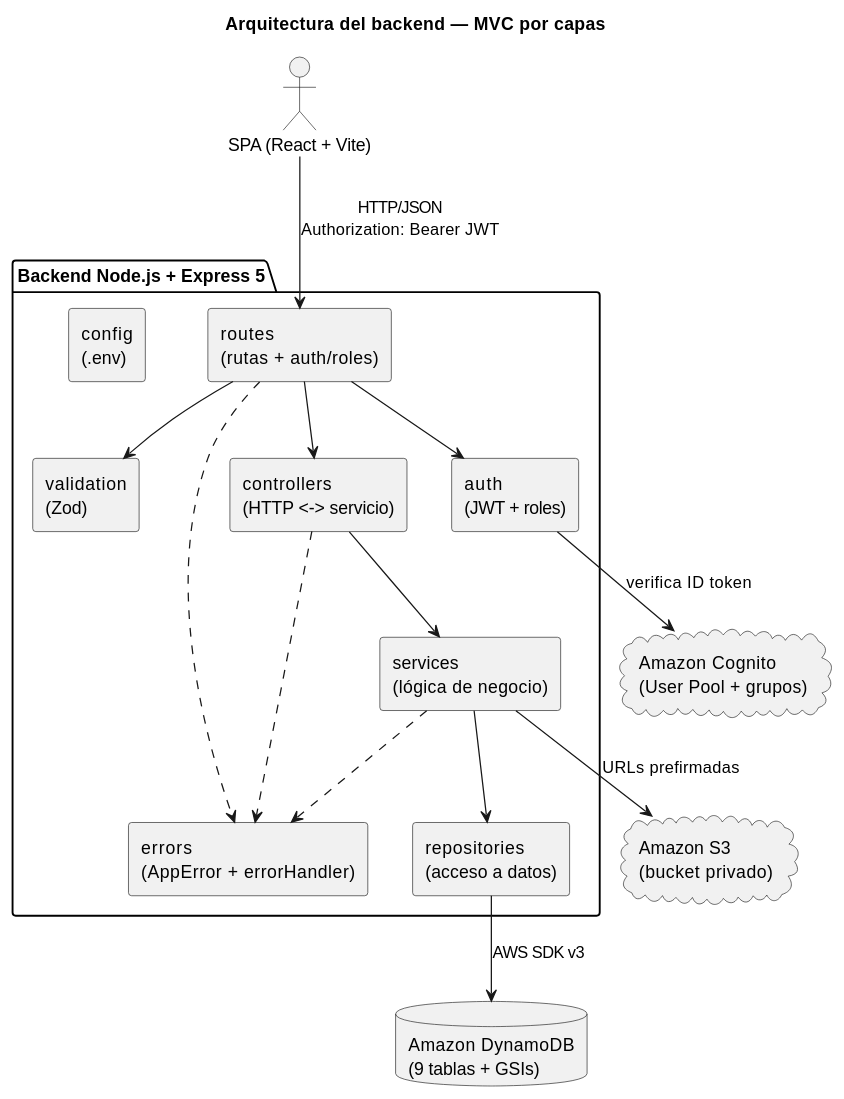
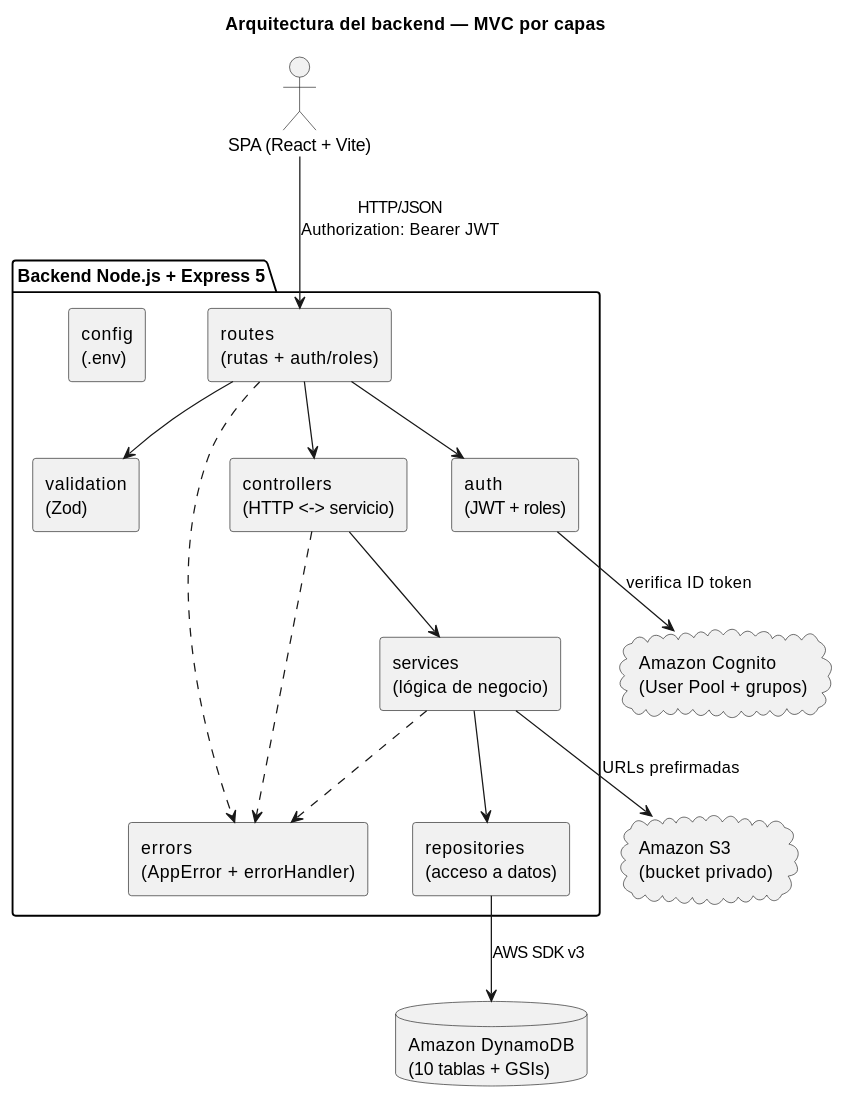
Before and after one commit to dgschahvqvc17/Concesionaria-BMW: the first of 16 diagrams in documentacion/diagramas.md, drawn with PlantUML. The commit also changed other lines of this file and 41 other files, not shown here.

````diff
--- a/documentacion/diagramas.md
+++ b/documentacion/diagramas.md
@@ -37,37 +38,37 @@
 ```plantuml
 @startuml
 title Arquitectura del backend — MVC por capas
 skinparam componentStyle rectangle
 skinparam shadowing false
 
 actor "SPA (React + Vite)" as spa
 
 package "Backend Node.js + Express 5" {
   component "routes\n(rutas + auth/roles)" as routes
   component "validation\n(Zod)" as validation
   component "controllers\n(HTTP <-> servicio)" as controllers
   component "services\n(lógica de negocio)" as services
   component "repositories\n(acceso a datos)" as repositories
   component "errors\n(AppError + errorHandler)" as errors
   component "auth\n(JWT + roles)" as auth
   component "config\n(.env)" as config
 }
 
-database "Amazon DynamoDB\n(9 tablas + GSIs)" as ddb
+database "Amazon DynamoDB\n(10 tablas + GSIs)" as ddb
 cloud "Amazon S3\n(bucket privado)" as s3
 cloud "Amazon Cognito\n(User Pool + grupos)" as cognito
 
 spa --> routes : HTTP/JSON\nAuthorization: Bearer JWT
 routes --> auth
 routes --> validation
 routes --> controllers
 controllers --> services
 services --> repositories
 repositories --> ddb : AWS SDK v3
 services --> s3 : URLs prefirmadas
 auth --> cognito : verifica ID token
 controllers ..> errors
 services ..> errors
 routes ..> errors
 @enduml
 ```
````
